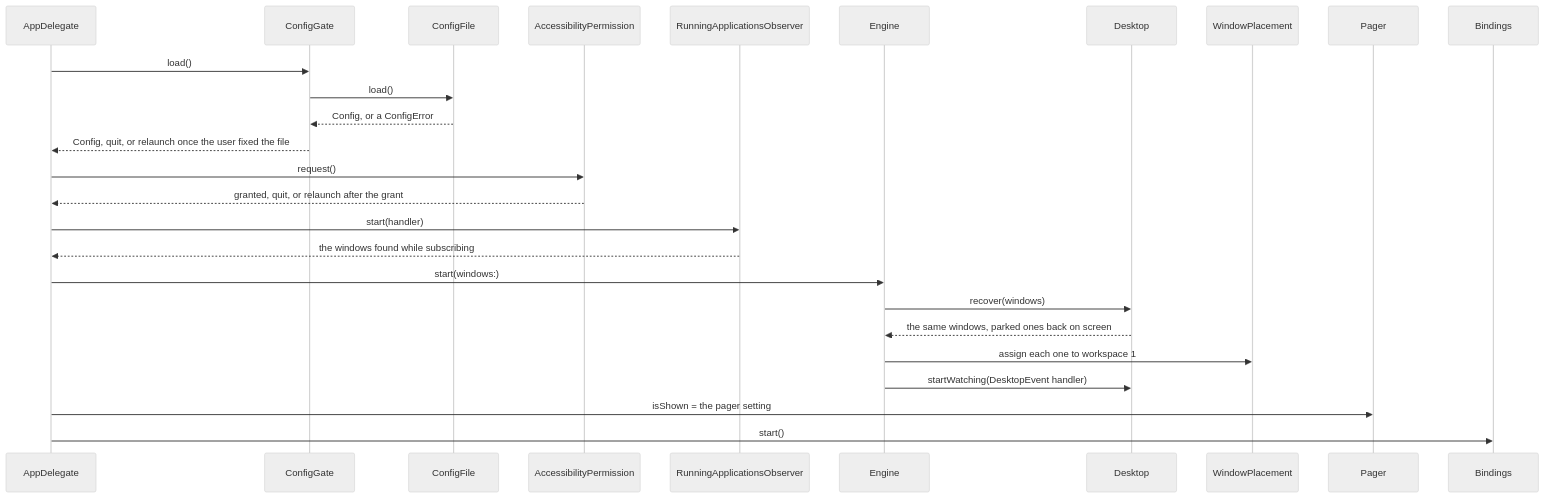
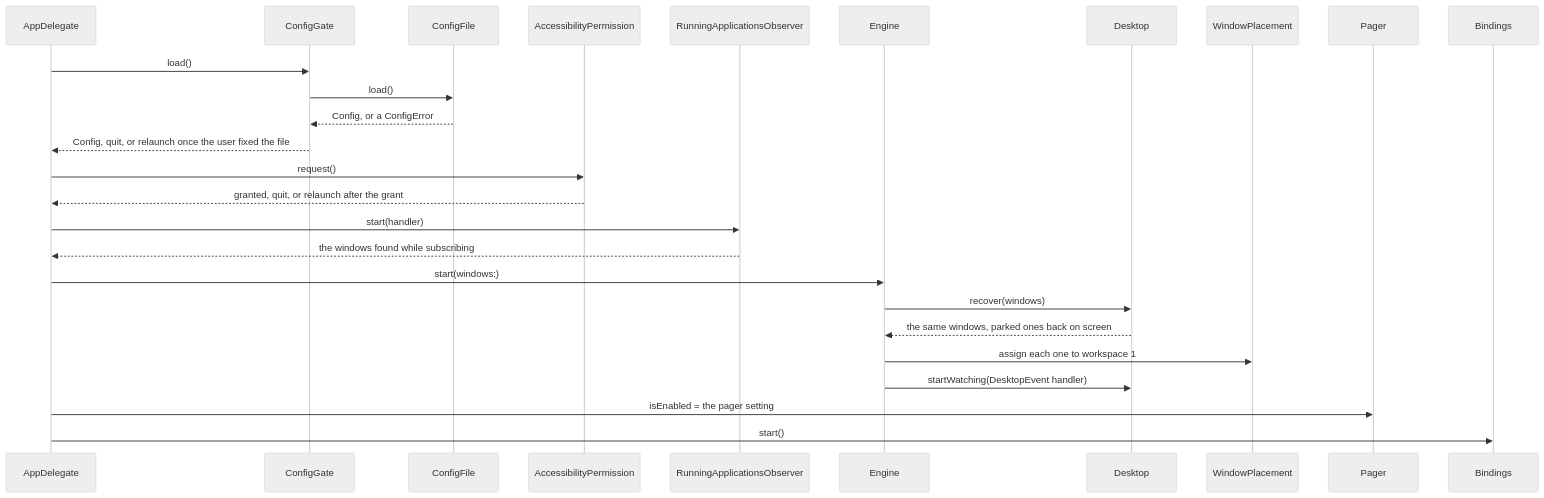
One commit to brennovich/ottowm changed the seventh of 20 diagrams in ARCHITECTURE.md. Above: the diagram before and after it, drawn with Mermaid (neutral theme). The commit also changed other lines of this file and 30 other files, not shown here.

````diff
--- a/ARCHITECTURE.md
+++ b/ARCHITECTURE.md
@@ -228,18 +230,18 @@
 ```mermaid
 sequenceDiagram
     AppDelegate->>ConfigGate: load()
     ConfigGate->>ConfigFile: load()
     ConfigFile-->>ConfigGate: Config, or a ConfigError
     ConfigGate-->>AppDelegate: Config, quit, or relaunch once the user fixed the file
     AppDelegate->>AccessibilityPermission: request()
     AccessibilityPermission-->>AppDelegate: granted, quit, or relaunch after the grant
     AppDelegate->>RunningApplicationsObserver: start(handler)
     RunningApplicationsObserver-->>AppDelegate: the windows found while subscribing
     AppDelegate->>Engine: start(windows:)
     Engine->>Desktop: recover(windows)
     Desktop-->>Engine: the same windows, parked ones back on screen
     Engine->>WindowPlacement: assign each one to workspace 1
     Engine->>Desktop: startWatching(DesktopEvent handler)
-    AppDelegate->>Pager: isShown = the pager setting
+    AppDelegate->>Pager: isEnabled = the pager setting
     AppDelegate->>Bindings: start()
 ```
````
